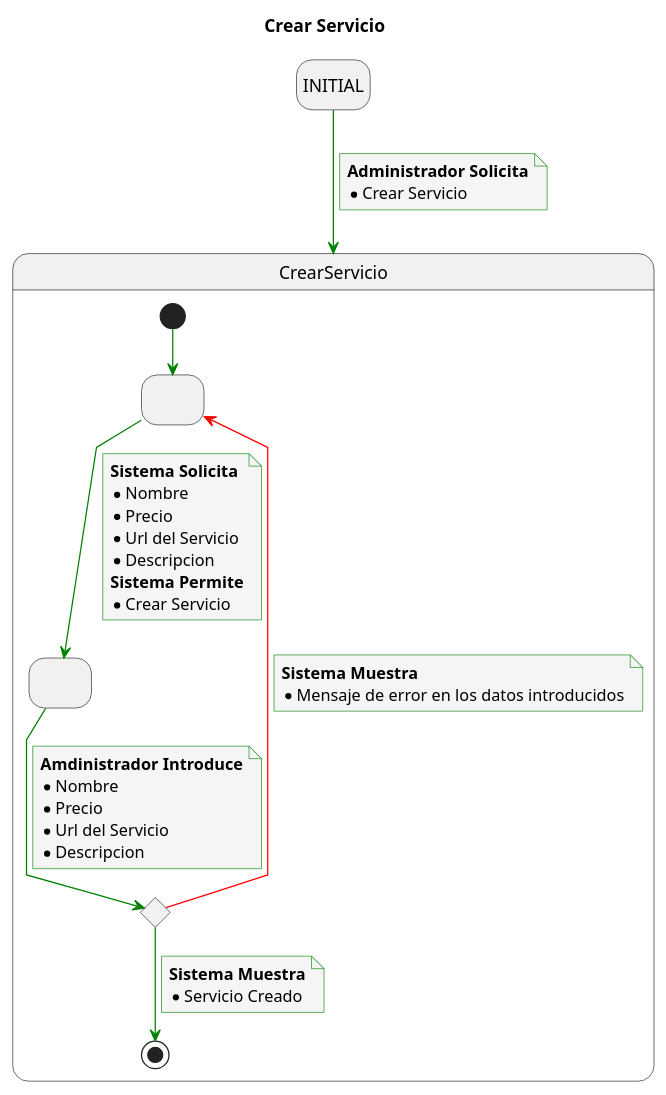
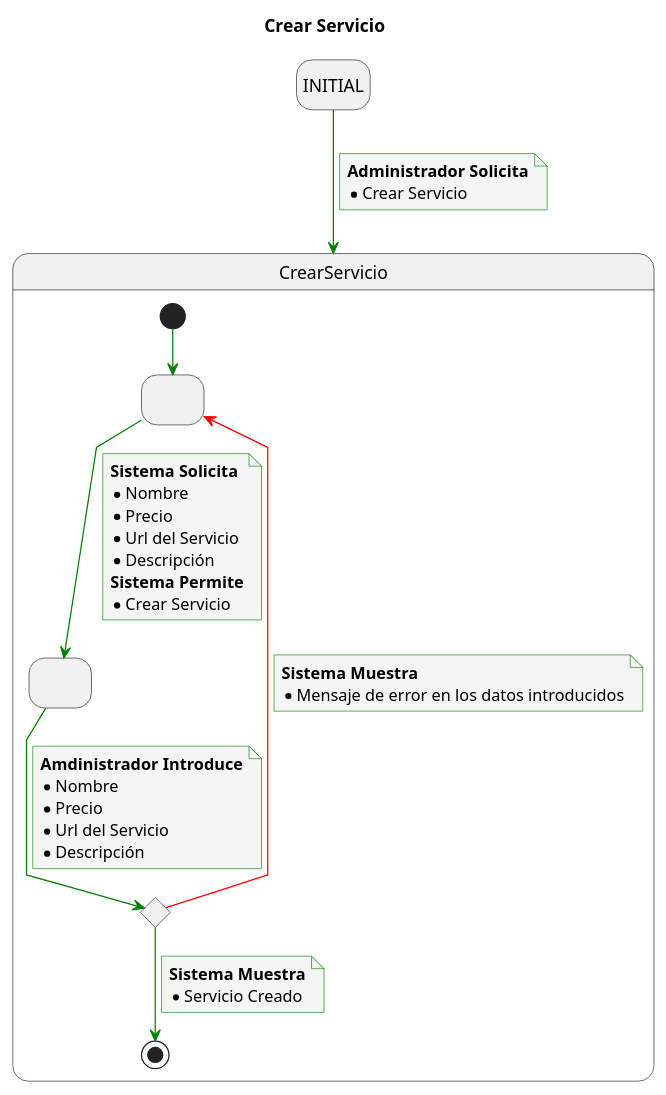
Before and after one commit to mmasias/23-24-IdSw1-SDR: the diagram in Caso_de_Uso/Casos_de_Uso/Usuarios/Administrador/CRUD_Servicio/Crear_Servicio/Caso_de_Uso.puml, drawn with PlantUML. The commit also changed 25 other files, not shown here.

```diff
--- a/Caso_de_Uso/Casos_de_Uso/Usuarios/Administrador/CRUD_Servicio/Crear_Servicio/Caso_de_Uso.puml
+++ b/Caso_de_Uso/Casos_de_Uso/Usuarios/Administrador/CRUD_Servicio/Crear_Servicio/Caso_de_Uso.puml
@@ -1,63 +1,63 @@
 @startuml
 
 title Crear Servicio
 
 skinparam {
     NoteBackgroundColor #whiteSmoke
     ArrowColor #green
     NoteBorderColor #green
     linetype polyline
 }
 
 hide empty description
 
 state startState as "INITIAL"
 
 startState --> CrearServicio
 note on link
     <b>Administrador Solicita</b>
     * Crear Servicio
 end note
 
 state CrearServicio {
 state 2 as " "
 state 3 as " "
 state 4 <<choice>>
 
 [*] -down-> 2
 
 2 -down-> 3
 note on link
 <b>Sistema Solicita</b>
 * Nombre
 * Precio
 * Url del Servicio
-* Descripcion
+* Descripción
 <b>Sistema Permite</b>
 * Crear Servicio
 end note
 
 3 -down-> 4
 note on link
 <b>Amdinistrador Introduce</b>
 * Nombre
 * Precio
 * Url del Servicio
-* Descripcion
+* Descripción
 end note
 
 4 -down-> [*]
 note on link
 <b>Sistema Muestra</b>
 * Servicio Creado
 end note
 
 4 -[#red]-> 2
 note on link
 <b>Sistema Muestra</b>
 * Mensaje de error en los datos introducidos
 end note
 
 }
 
 @enduml
```
